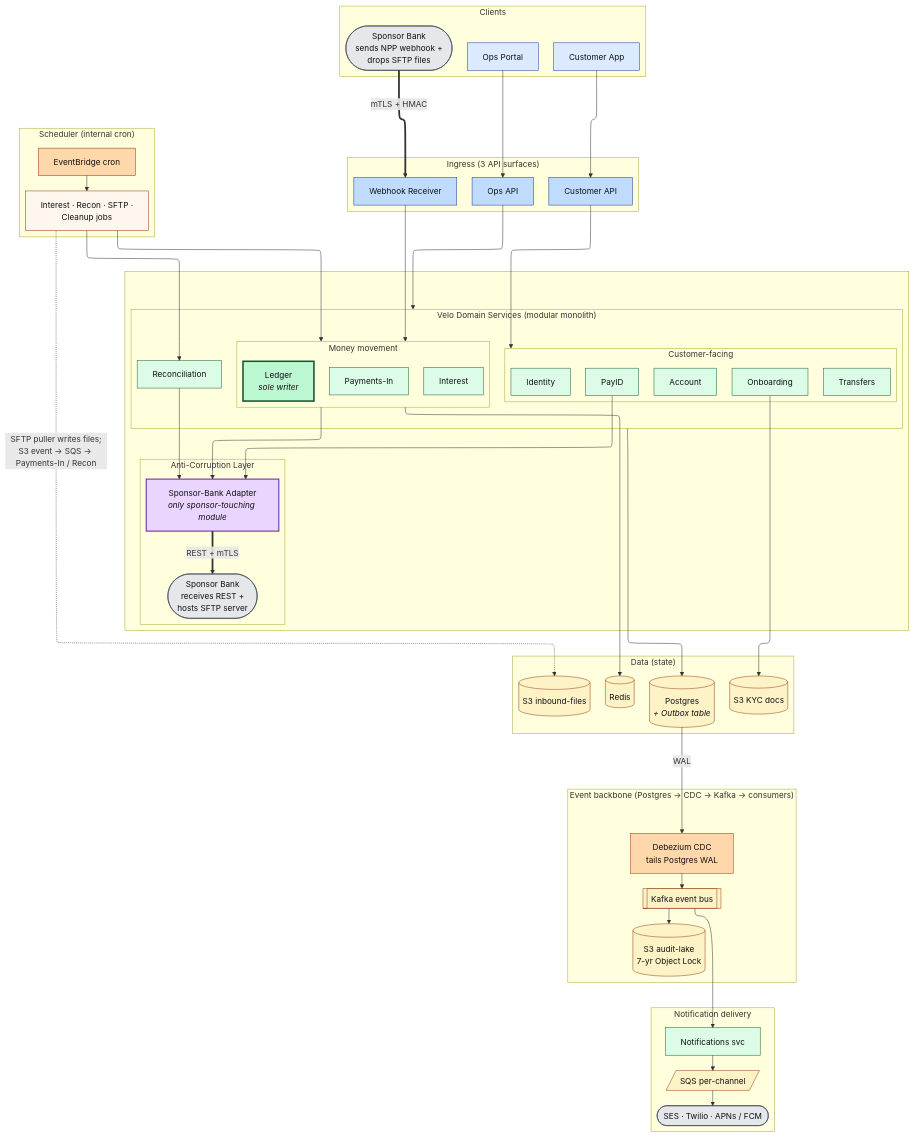
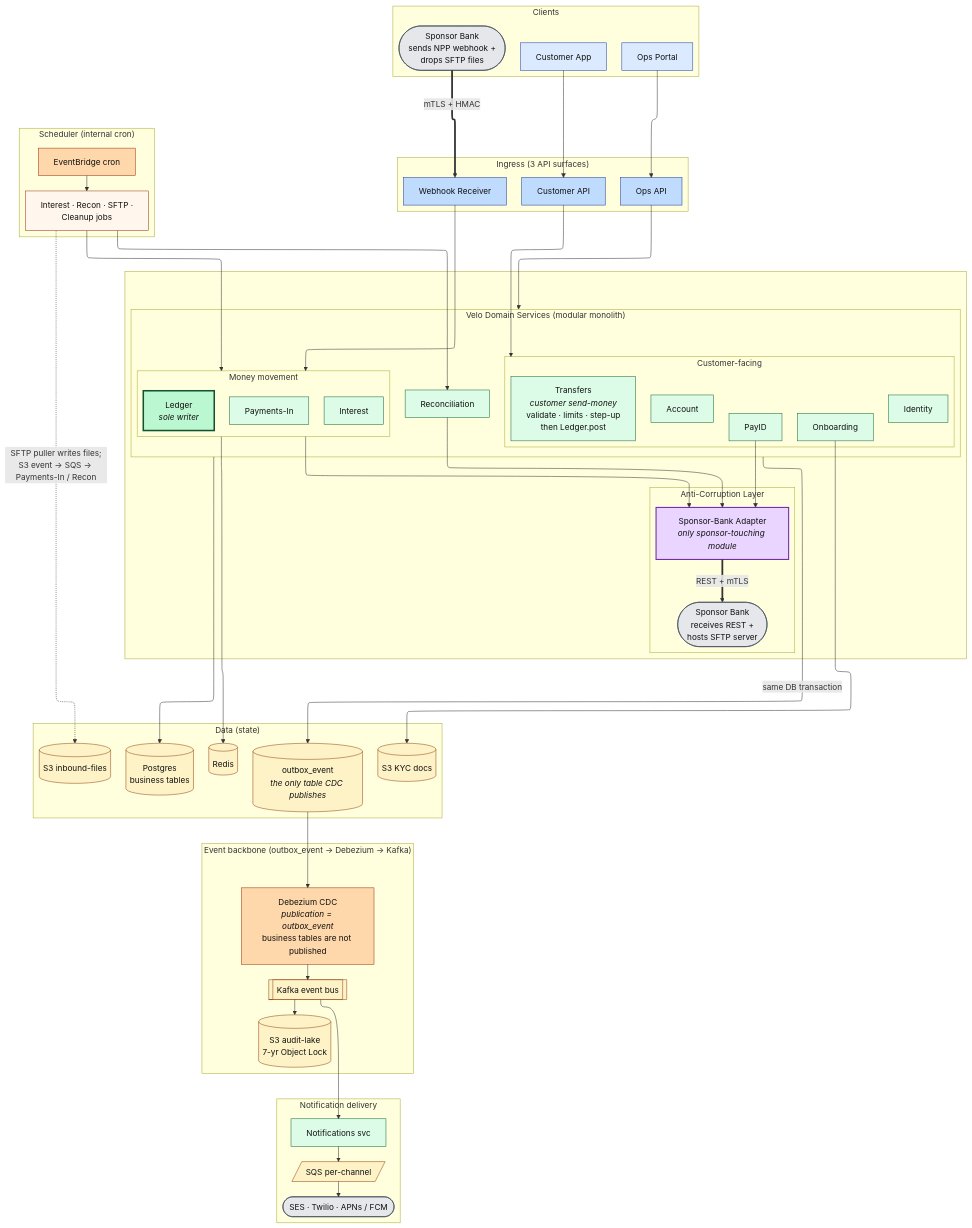
Before and after one commit to BaroPhan/velo-arch: the second of 6 diagrams in docs/09-internal-system-architecture.md, drawn with Mermaid. The commit also changed other lines of this file and 5 other files, not shown here.

Commit message:
docs: redraw cloud and app diagrams, CDC publishes outbox_event only, export ERD

```diff
--- a/docs/09-internal-system-architecture.md
+++ b/docs/09-internal-system-architecture.md
@@ -166,7 +166,7 @@
           Id[Identity]:::svc
           Onb[Onboarding]:::svc
           Acc[Account]:::svc
-          Tx[Transfers]:::svc
+          Tx[Transfers<br/><i>customer send-money</i><br/>validate · limits · step-up<br/>then Ledger.post]:::svc
           PS[PayID]:::svc
         end
         subgraph MoneyGrp["Money movement"]
@@ -187,16 +187,17 @@
     %% ─── Row 4: State (Postgres + Redis + S3s) ───
     subgraph State["Data  (state)"]
       direction LR
-      PG[(Postgres<br/><i>+ Outbox table</i>)]:::data
+      PG[(Postgres<br/>business tables)]:::data
+      OB[(outbox_event<br/><i>the only table CDC publishes</i>)]:::data
       Rd[(Redis)]:::data
       S3K[(S3 KYC docs)]:::data
       S3I[(S3 inbound-files)]:::data
     end
 
-    %% ─── Row 5: Event backbone (async fan-out) ───
-    subgraph EventBus["Event backbone  (Postgres → CDC → Kafka → consumers)"]
+    %% ─── Row 5: Event backbone (outbox only — not every WAL change) ───
+    subgraph EventBus["Event backbone  (outbox_event → Debezium → Kafka)"]
       direction LR
-      CDC[Debezium CDC<br/>tails Postgres WAL]:::infra
+      CDC[Debezium CDC<br/><i>publication = outbox_event</i><br/>business tables are not published]:::infra
       Kf[[Kafka event bus]]:::data
       S3A[(S3 audit-lake<br/>7-yr Object Lock)]:::data
     end
@@ -234,13 +235,14 @@
     Recon --> SBA
     SBA ==>|REST + mTLS| SP2
 
-    %% Row 3 → Row 4 : domain owns state (3 arrows, not 8)
+    %% Row 3 → Row 4 : domain owns state. Outbox row is written in the SAME txn as the business write.
     Domain --> PG
+    Domain -->|same DB transaction| OB
     MoneyGrp --> Rd
     Onb --> S3K
 
-    %% Row 4 → Row 5 : outbox event backbone (all forward)
-    PG -->|WAL| CDC
+    %% Row 4 → Row 5 : CDC publishes outbox_event only — not every table's WAL
+    OB --> CDC
     CDC --> Kf
     Kf --> S3A
 
```
